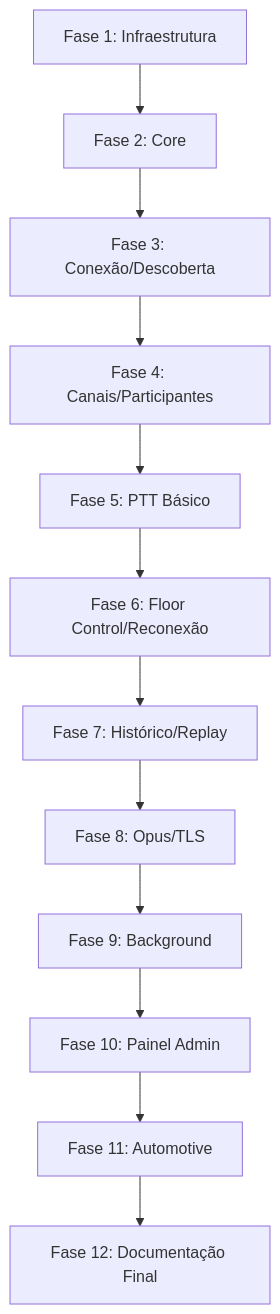
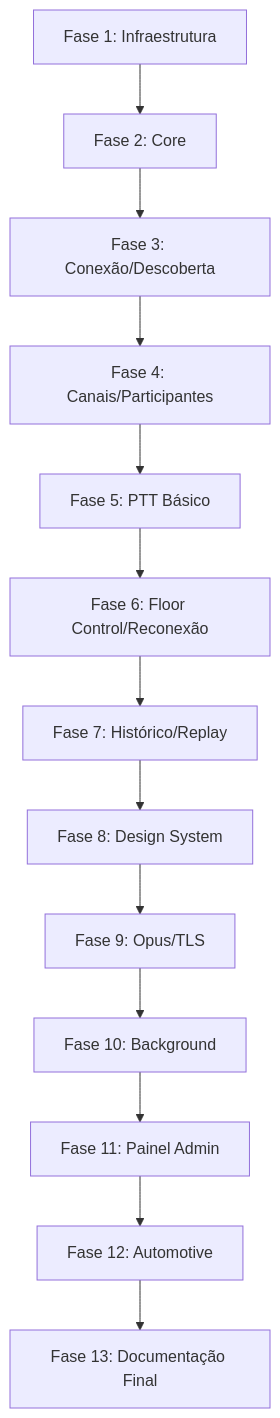
Before and after one commit to rcleandro/ptt-lan: the seventh of 7 diagrams in docs/PTT_KMP_PLANO_TECNICO.md, drawn with Mermaid. The commit also changed other lines of this file and 1 other file, not shown here.

First line of the commit message:
docs: insert new Phase 8 for Design System

````diff
--- a/docs/PTT_KMP_PLANO_TECNICO.md
+++ b/docs/PTT_KMP_PLANO_TECNICO.md
@@ -1076,14 +1090,15 @@
 ```mermaid
 graph TD
     F1[Fase 1: Infraestrutura] --> F2[Fase 2: Core]
     F2 --> F3[Fase 3: Conexão/Descoberta]
     F3 --> F4[Fase 4: Canais/Participantes]
     F4 --> F5[Fase 5: PTT Básico]
     F5 --> F6[Fase 6: Floor Control/Reconexão]
     F6 --> F7[Fase 7: Histórico/Replay]
-    F7 --> F8[Fase 8: Opus/TLS]
-    F8 --> F9[Fase 9: Background]
-    F9 --> F10[Fase 10: Painel Admin]
-    F10 --> F11[Fase 11: Automotive]
-    F11 --> F12[Fase 12: Documentação Final]
+    F7 --> F8[Fase 8: Design System]
+    F8 --> F9[Fase 9: Opus/TLS]
+    F9 --> F10[Fase 10: Background]
+    F10 --> F11[Fase 11: Painel Admin]
+    F11 --> F12[Fase 12: Automotive]
+    F12 --> F13[Fase 13: Documentação Final]
 ```
````
